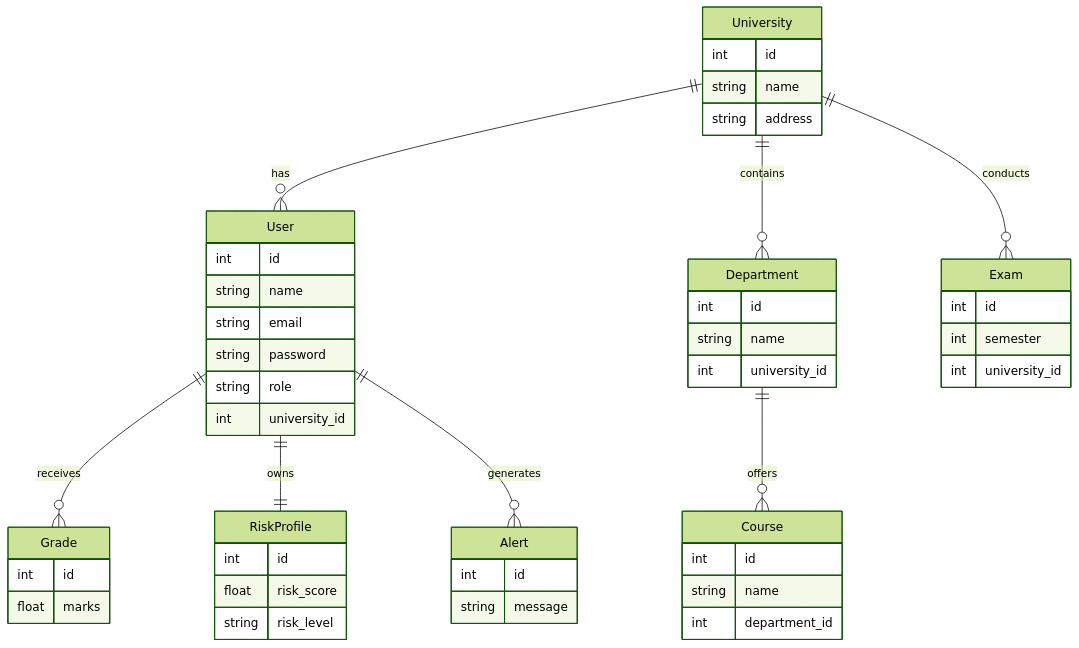
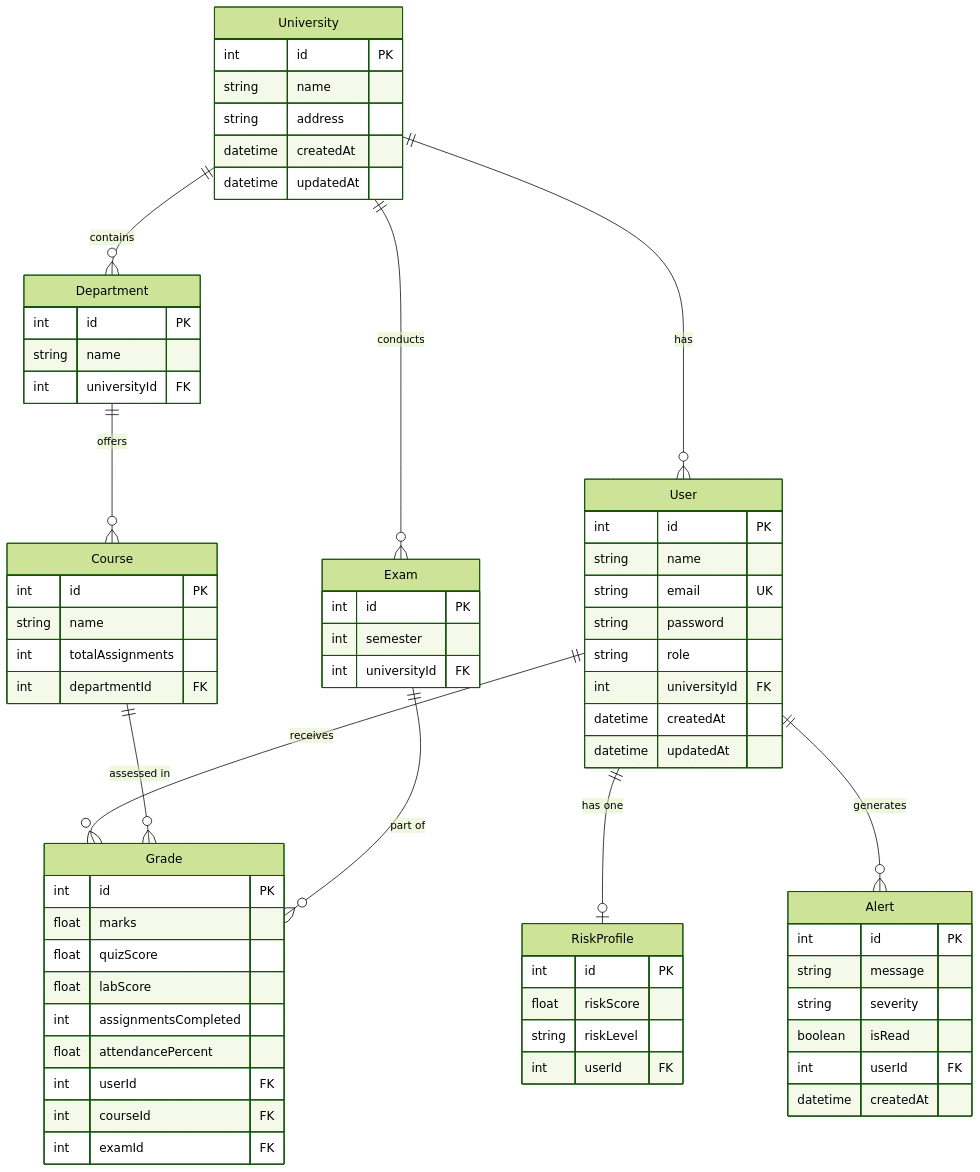
One commit to wiz-AR-d/UniMetrics changed the diagram in ErDiagram.md. Above: the diagram before and after it, drawn with Mermaid (forest theme). The commit also changed other lines of this file, not shown here.

````diff
--- a/ErDiagram.md
+++ b/ErDiagram.md
@@ -3,63 +3,82 @@
 ```mermaid
 erDiagram
 
-University ||--o{ User : has
-University ||--o{ Department : contains
-Department ||--o{ Course : offers
-University ||--o{ Exam : conducts
-User ||--o{ Grade : receives
+University ||--o{ User : "has"
+University ||--o{ Department : "contains"
+University ||--o{ Exam : "conducts"
 
-User ||--|| RiskProfile : owns
-User ||--o{ Alert : generates
+Department ||--o{ Course : "offers"
+
+User ||--o{ Grade : "receives"
+User ||--o| RiskProfile : "has one"
+User ||--o{ Alert : "generates"
+
+Course ||--o{ Grade : "assessed in"
+Exam ||--o{ Grade : "part of"
 
 University {
-  int id
+  int id PK
   string name
   string address
+  datetime createdAt
+  datetime updatedAt
 }
 
 User {
-  int id
+  int id PK
   string name
-  string email
+  string email UK
   string password
   string role
-  int university_id
+  int universityId FK
+  datetime createdAt
+  datetime updatedAt
 }
 
 Department {
-  int id
+  int id PK
   string name
-  int university_id
+  int universityId FK
 }
 
 Course {
-  int id
+  int id PK
   string name
-  int department_id
+  int totalAssignments
+  int departmentId FK
 }
 
 Exam {
-  int id
+  int id PK
   int semester
-  int university_id
+  int universityId FK
 }
 
 Grade {
-  int id
+  int id PK
   float marks
+  float quizScore
+  float labScore
+  int assignmentsCompleted
+  float attendancePercent
+  int userId FK
+  int courseId FK
+  int examId FK
 }
 
-
-
 RiskProfile {
-  int id
-  float risk_score
-  string risk_level
+  int id PK
+  float riskScore
+  string riskLevel
+  int userId FK
 }
 
 Alert {
-  int id
+  int id PK
   string message
+  string severity
+  boolean isRead
+  int userId FK
+  datetime createdAt
 }
 ```
````
